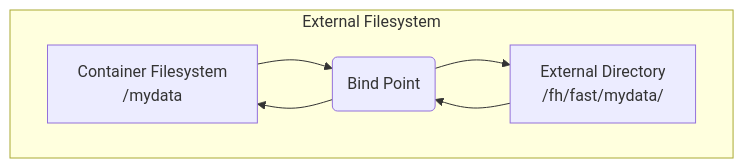
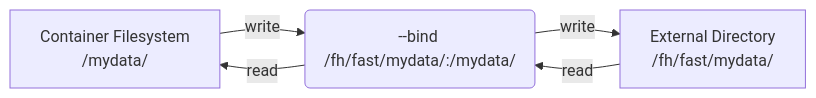
The diagram in interactive_shell.qmd (laderast/bash_for_hpc), drawn with Mermaid before and after one commit. The commit also changed other lines of this file and 2 other files, not shown here.

````diff
--- a/interactive_shell.qmd
+++ b/interactive_shell.qmd
@@ -78,11 +108,9 @@
 ```{mermaid}
 flowchart LR
-  subgraph External Filesystem
     direction LR
-    A[Container Filesystem\n/mydata]
-    B["External Directory\n/fh/fast/mydata/"] --> C
-    C --> B
-    A -->C(Bind Point)
-    C --> A
-  end
+    A[Container Filesystem\n/mydata/]
+    A --write-->C("--bind /fh/fast/mydata/:/mydata/")
+    C --read--> A
+    B["External Directory\n/fh/fast/mydata/"] --read--> C
+    C --write--> B
 ```
````
